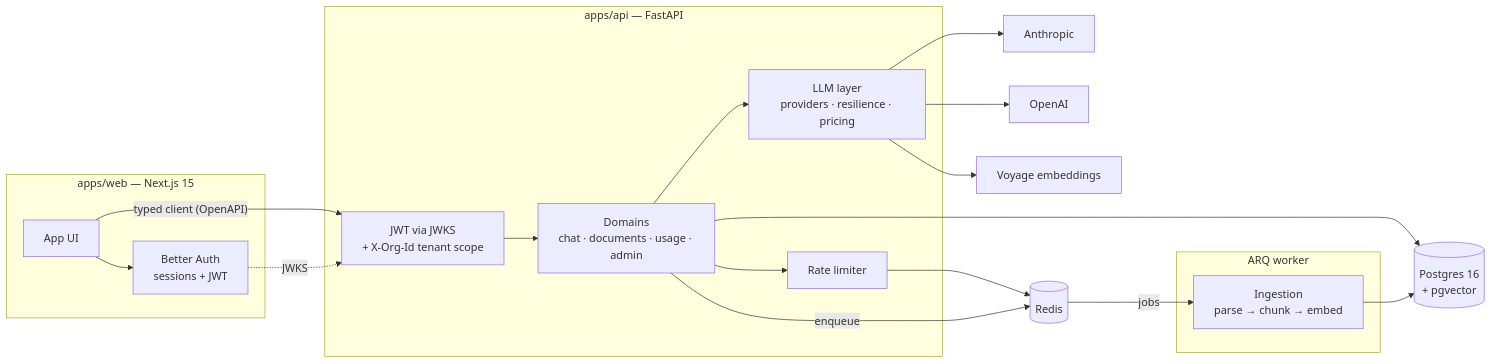
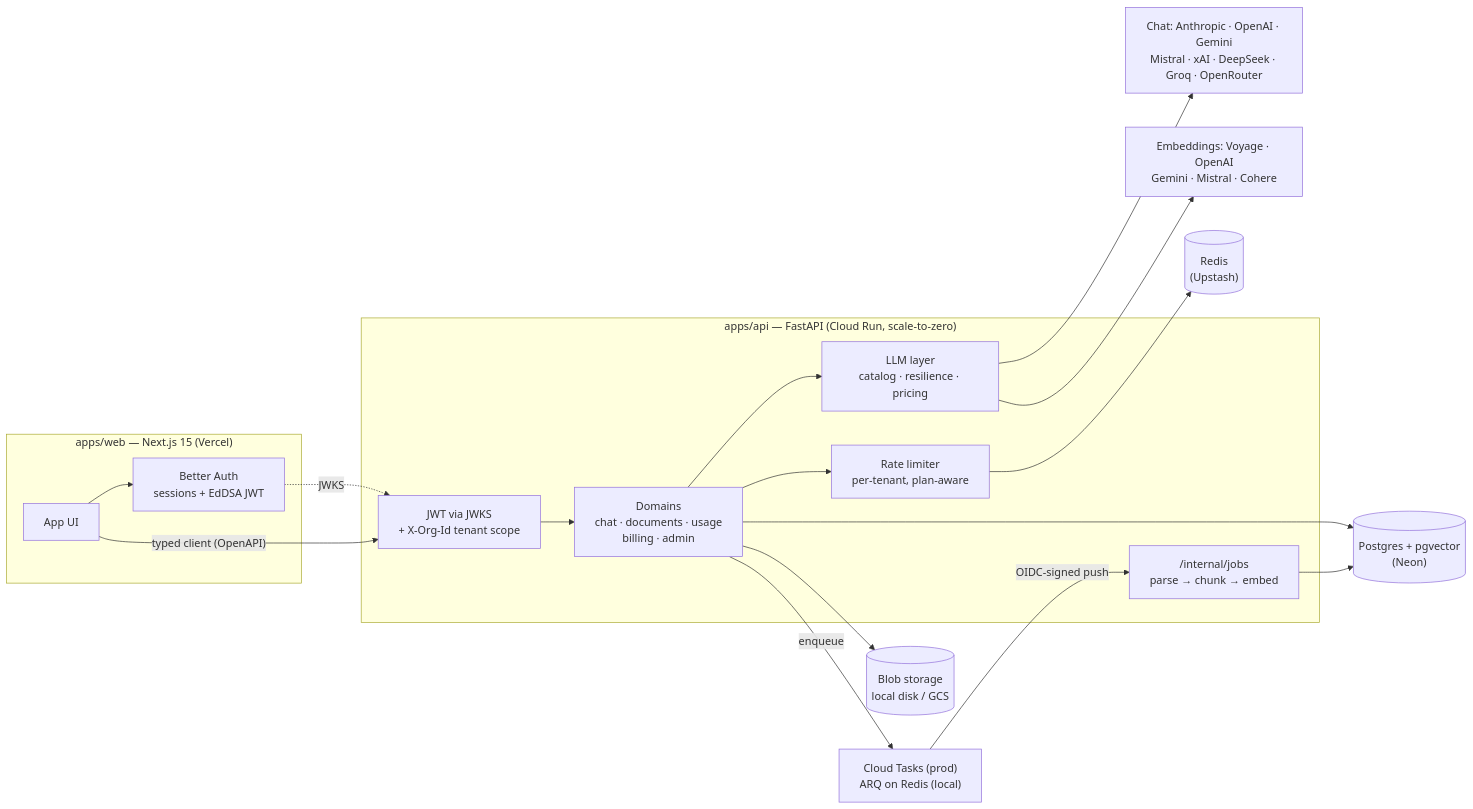
The diagram in README.md (delmalih/saas-genai-starter), drawn with Mermaid before and after one commit. The commit also changed other lines of this file and 1 other file, not shown here.

First line of the commit message:
docs(readme): live demo, $0-stack section, current architecture

````diff
--- a/README.md
+++ b/README.md
@@ -62,24 +75,22 @@
 ```mermaid
 flowchart LR
-    subgraph web["apps/web — Next.js 15"]
-        UI[App UI] --> BA[Better Auth<br/>sessions + JWT]
+    subgraph web["apps/web — Next.js 15 (Vercel)"]
+        UI[App UI] --> BA[Better Auth<br/>sessions + EdDSA JWT]
     end
-    subgraph api["apps/api — FastAPI"]
-        MW[JWT via JWKS<br/>+ X-Org-Id tenant scope] --> DOM[Domains<br/>chat · documents · usage · admin]
-        DOM --> LLM[LLM layer<br/>providers · resilience · pricing]
-        DOM --> RL[Rate limiter]
-    end
-    subgraph workers["ARQ worker"]
-        ING[Ingestion<br/>parse → chunk → embed]
+    subgraph api["apps/api — FastAPI (Cloud Run, scale-to-zero)"]
+        MW[JWT via JWKS<br/>+ X-Org-Id tenant scope] --> DOM[Domains<br/>chat · documents · usage<br/>billing · admin]
+        DOM --> LLM[LLM layer<br/>catalog · resilience · pricing]
+        DOM --> RL[Rate limiter<br/>per-tenant, plan-aware]
+        JOBS["/internal/jobs<br/>parse → chunk → embed"]
     end
     UI -->|"typed client (OpenAPI)"| MW
     BA -.->|JWKS| MW
-    LLM --> ANT[Anthropic]
-    LLM --> OAI[OpenAI]
-    LLM --> VOY[Voyage embeddings]
-    DOM --> PG[(Postgres 16<br/>+ pgvector)]
-    ING --> PG
-    RL --> RD[(Redis)]
-    DOM -->|enqueue| RD
-    RD -->|jobs| ING
+    LLM --> CHAT["Chat: Anthropic · OpenAI · Gemini<br/>Mistral · xAI · DeepSeek · Groq · OpenRouter"]
+    LLM --> EMB["Embeddings: Voyage · OpenAI<br/>Gemini · Mistral · Cohere"]
+    DOM --> PG[("Postgres + pgvector<br/>(Neon)")]
+    JOBS --> PG
+    RL --> RD[("Redis<br/>(Upstash)")]
+    DOM --> GCS[("Blob storage<br/>local disk / GCS")]
+    DOM -->|enqueue| CT["Cloud Tasks (prod)<br/>ARQ on Redis (local)"]
+    CT -->|"OIDC-signed push"| JOBS
 ```
````
